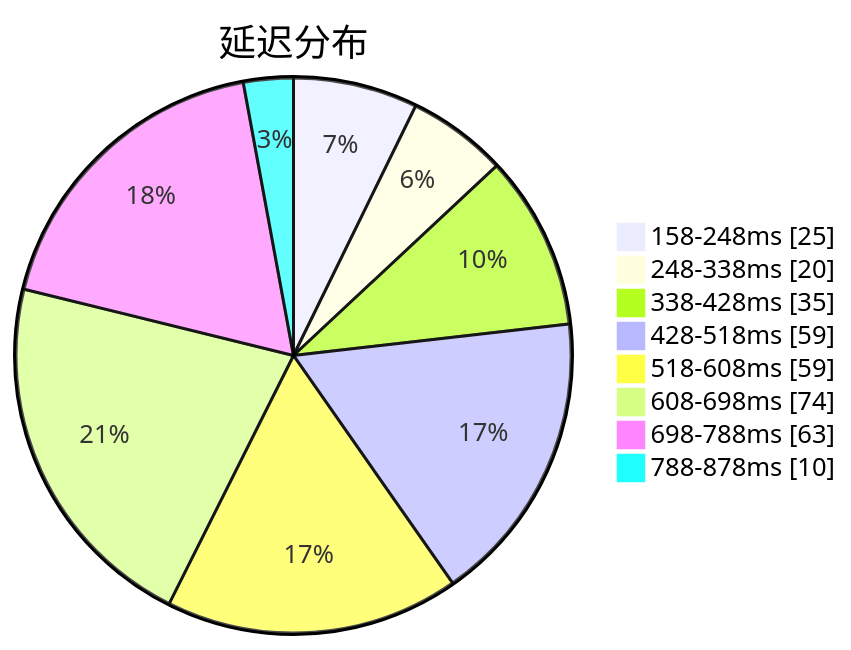
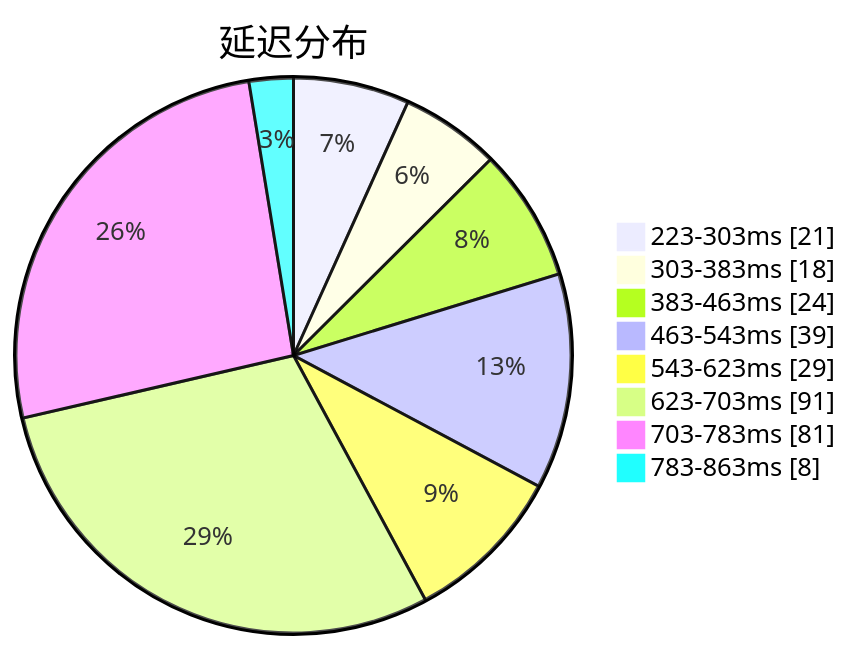
The first of 3 diagrams in subs/statistics/tested_within.md (qjlxg/airport), drawn with Mermaid before and after one commit. The commit also changed other lines of this file and 2 other files, not shown here.

````diff
--- a/subs/statistics/tested_within.md
+++ b/subs/statistics/tested_within.md
@@ -2,12 +2,12 @@
 ```mermaid
 pie showData
 title 延迟分布
-"158-248ms" : 25
-"248-338ms" : 20
-"338-428ms" : 35
-"428-518ms" : 59
-"518-608ms" : 59
-"608-698ms" : 74
-"698-788ms" : 63
-"788-878ms" : 10
+"223-303ms" : 21
+"303-383ms" : 18
+"383-463ms" : 24
+"463-543ms" : 39
+"543-623ms" : 29
+"623-703ms" : 91
+"703-783ms" : 81
+"783-863ms" : 8
 ```
````
